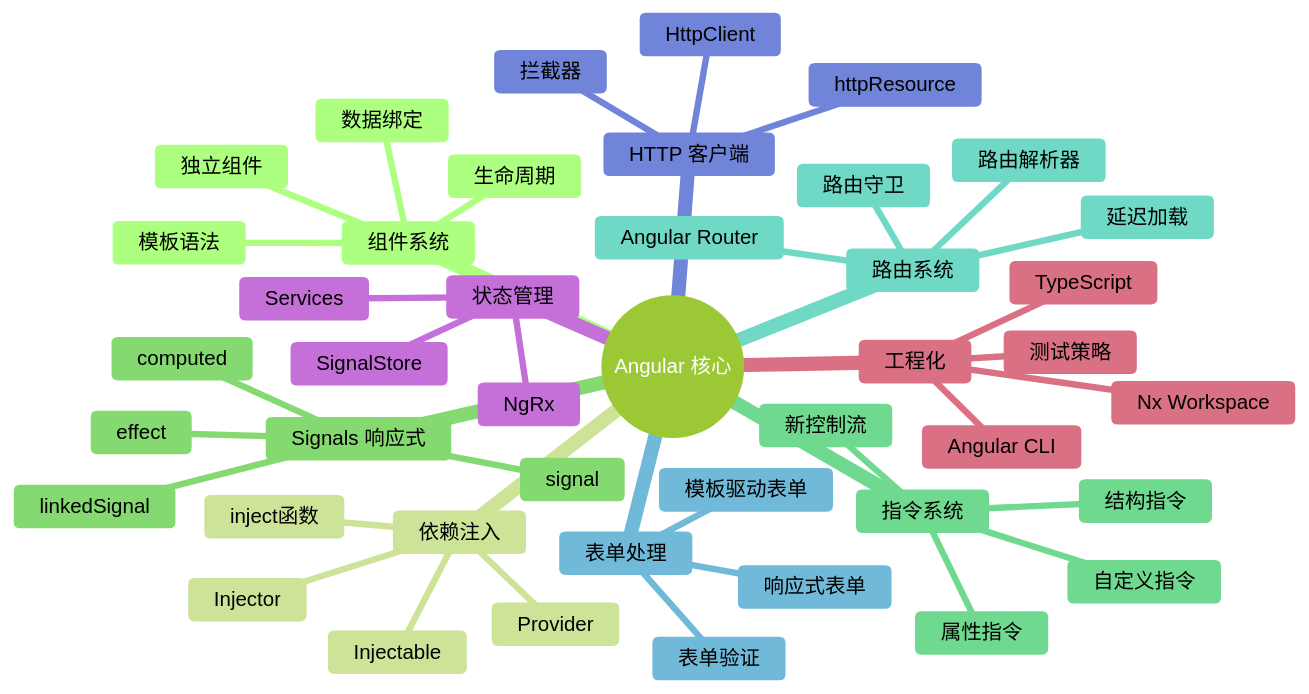
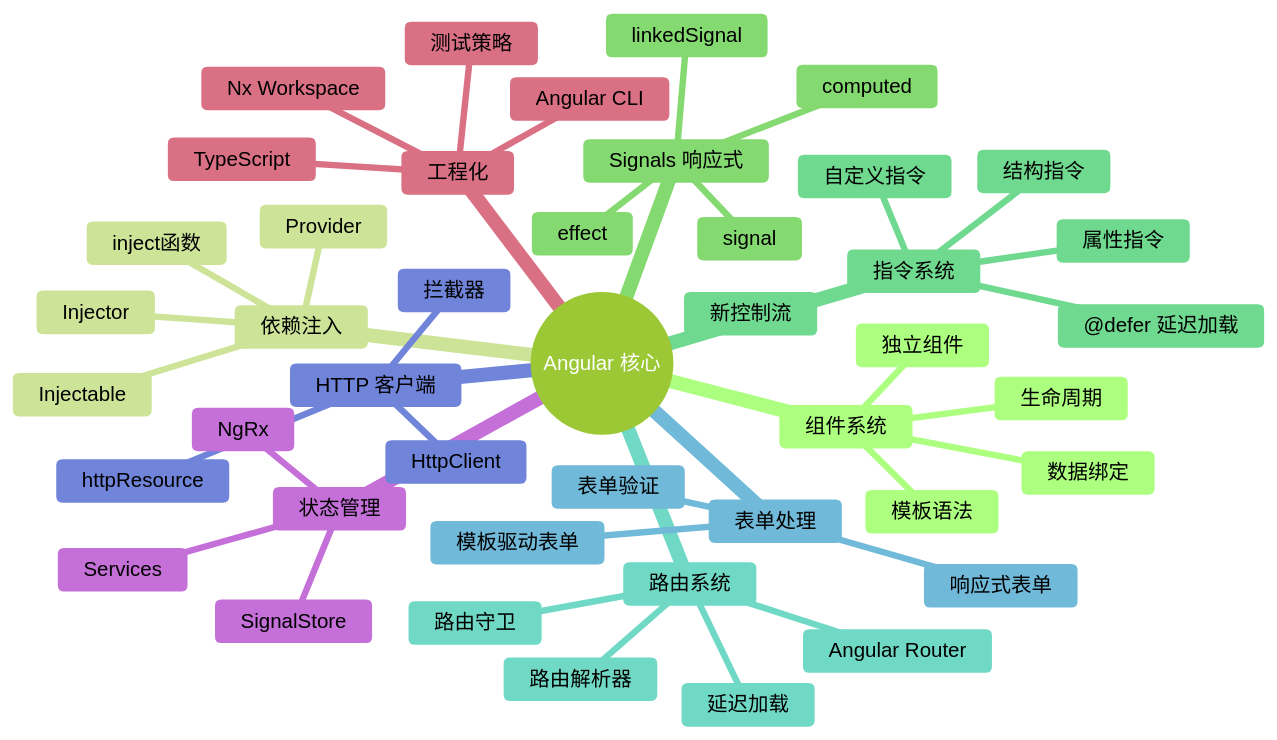
The first of 16 diagrams in S2-框架深入/03-Angular22.md (KMaybe01/common), drawn with Mermaid (forest theme) before and after one commit. The commit also changed other lines of this file, not shown here.

````diff
--- a/S2-框架深入/03-Angular22.md
+++ b/S2-框架深入/03-Angular22.md
@@ -12,46 +12,47 @@
 ```mermaid
 mindmap
   root((Angular 核心))
     组件系统
       独立组件
       模板语法
       数据绑定
       生命周期
     依赖注入
       Injectable
       Provider
       Injector
       inject函数
     Signals 响应式
       signal
       computed
       effect
       linkedSignal
     指令系统
-      结构指令
-      属性指令
-      自定义指令
-      新控制流
+       结构指令
+       属性指令
+       自定义指令
+       新控制流
+       @defer 延迟加载
     路由系统
       Angular Router
       路由守卫
       延迟加载
       路由解析器
     表单处理
       响应式表单
       模板驱动表单
       表单验证
     HTTP 客户端
       HttpClient
       httpResource
       拦截器
     状态管理
       NgRx
       SignalStore
       Services
     工程化
       Angular CLI
       TypeScript
       测试策略
       Nx Workspace
 ```
````
